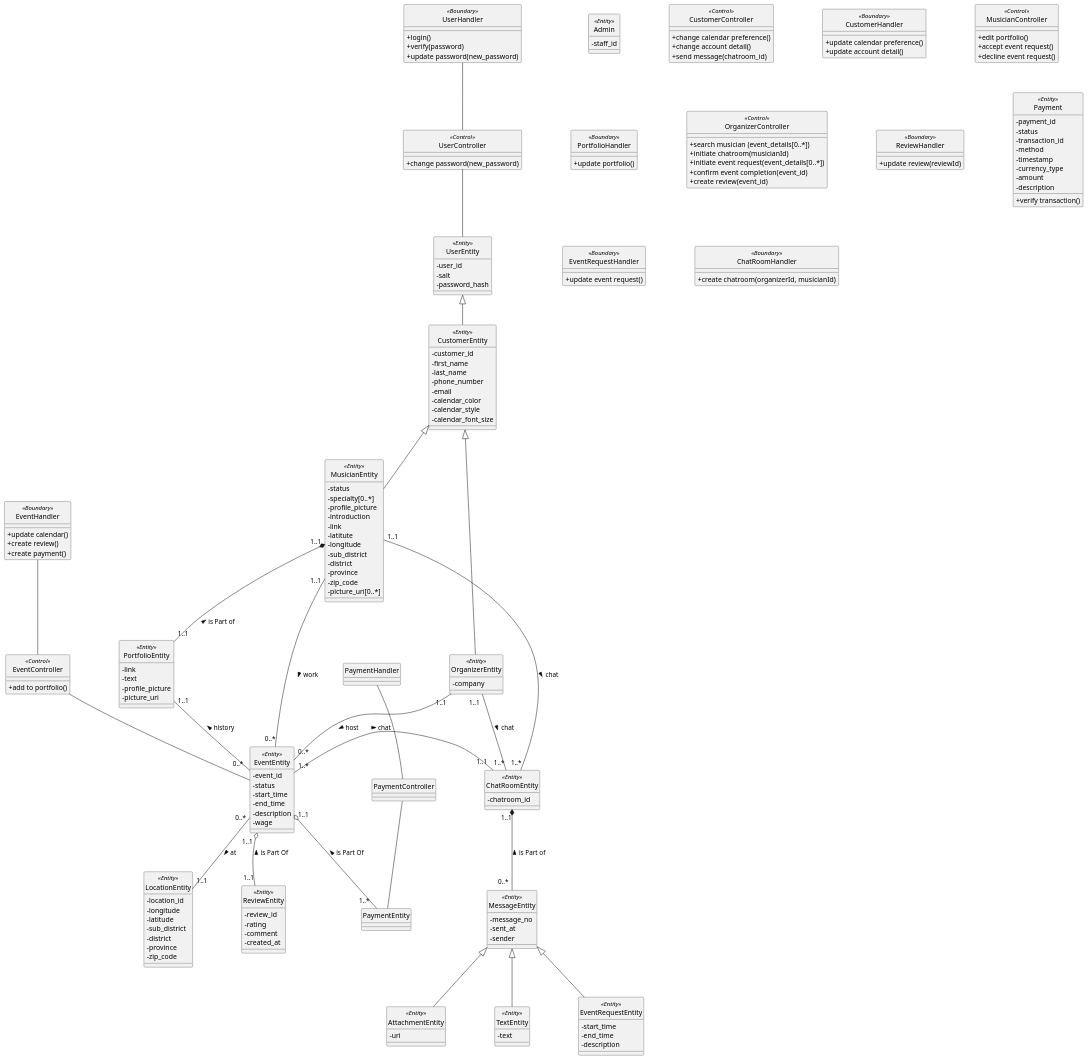
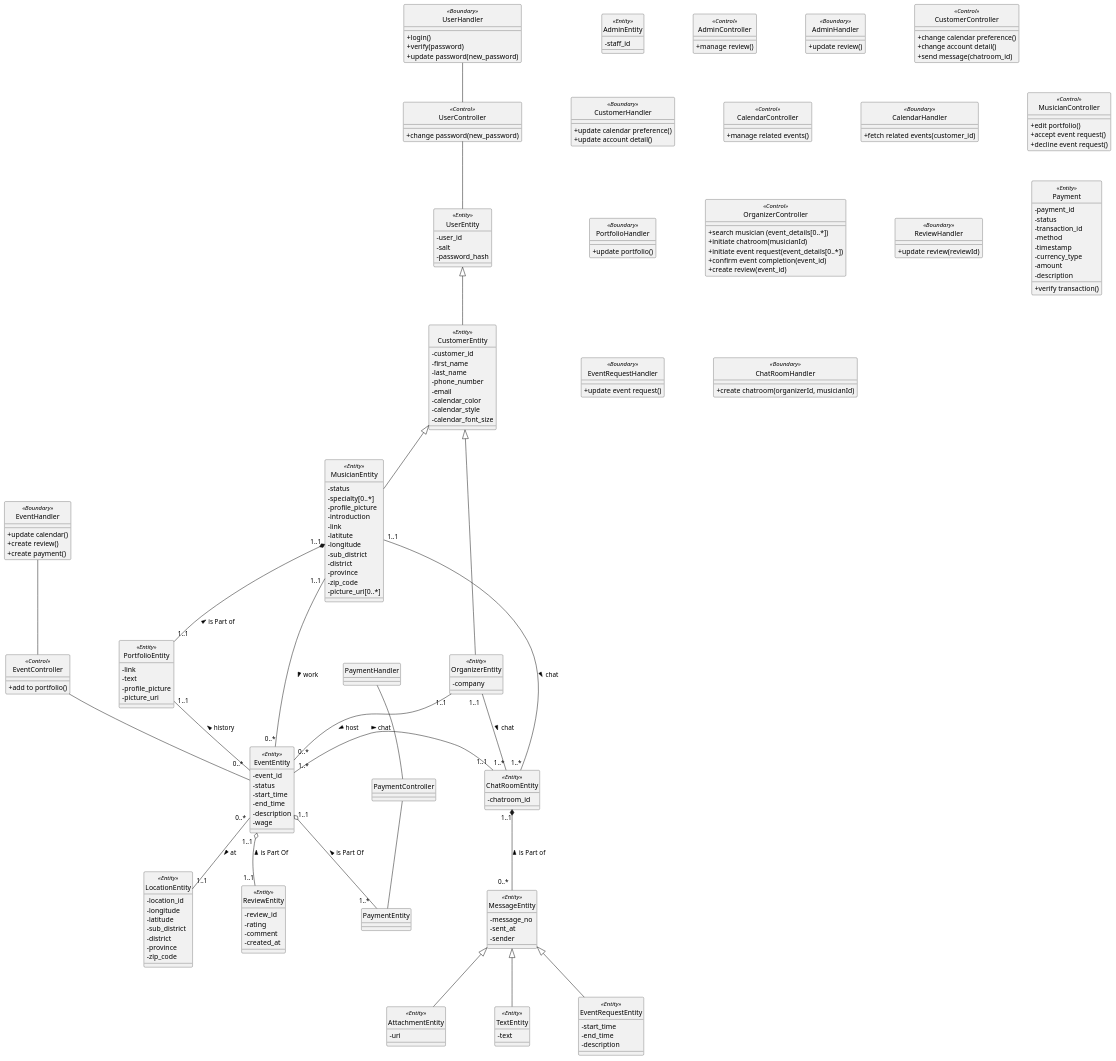
One commit to thanadolps/SE-digrams changed the diagram in class_diagram.puml. Above: the diagram before and after it, drawn with PlantUML.

```diff
--- a/class_diagram.puml
+++ b/class_diagram.puml
@@ -62,8 +62,16 @@
         -password_hash
     }
 
-    class Admin <<Entity>> {
+    class AdminEntity <<Entity>> {
         -staff_id
+    }
+
+    class AdminController <<Control>> {
+        +manage review()
+    }
+
+    class AdminHandler <<Boundary>> {
+        +update review()
     }
 
     class CustomerEntity <<Entity>> {
@@ -86,6 +94,14 @@
     class CustomerHandler <<Boundary>> {
         +update calendar preference()
         +update account detail()
+    }
+
+    class CalendarController <<Control>> {
+        +manage related events()
+    }
+
+    class CalendarHandler <<Boundary>> {
+        +fetch related events(customer_id)
     }
 
     class MusicianEntity <<Entity>> {
@@ -122,7 +138,6 @@
         +update portfolio()
     }
 
-
     class OrganizerEntity <<Entity>> {
         -company
     }
@@ -153,6 +168,7 @@
         +create review()
         +create payment()
     }
+
     class LocationEntity <<Entity>> {
         -location_id
         -longitude
```
